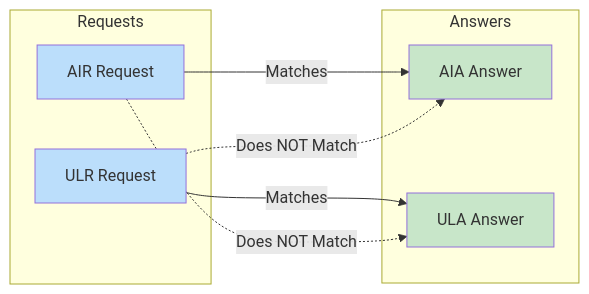
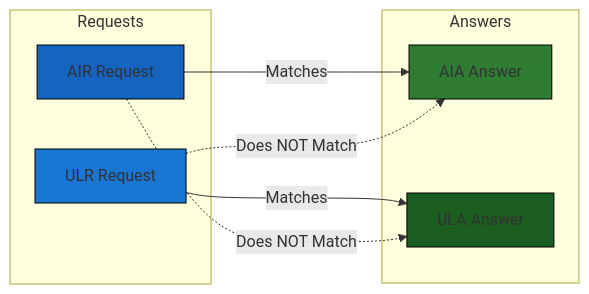
Before and after one commit to AlonBletter/diameter-s6a: the sixth of 7 diagrams in docs/SYSTEM_DOCUMENTATION.md, drawn with Mermaid. The commit also changed other lines of this file and 1 other file, not shown here.

````diff
--- a/docs/SYSTEM_DOCUMENTATION.md
+++ b/docs/SYSTEM_DOCUMENTATION.md
@@ -494,23 +448,23 @@
 ```mermaid
 flowchart LR
     subgraph Requests
         AIR[AIR Request]
         ULR[ULR Request]
     end
     
     subgraph Answers
         AIA[AIA Answer]
         ULA[ULA Answer]
     end
     
     AIR -->|Matches| AIA
     ULR -->|Matches| ULA
     
     AIR -.->|Does NOT Match| ULA
     ULR -.->|Does NOT Match| AIA
 
-    style AIR fill:#bbdefb
-    style ULR fill:#bbdefb
-    style AIA fill:#c8e6c9
-    style ULA fill:#c8e6c9
+    style AIR fill:#1565c0,stroke:#000,stroke-width:1px   %% Dark blue
+    style ULR fill:#1976d2,stroke:#000,stroke-width:1px   %% Medium-dark blue
+    style AIA fill:#2e7d32,stroke:#000,stroke-width:1px   %% Dark green
+    style ULA fill:#1b5e20,stroke:#000,stroke-width:1px   %% Deep green
 ```
````
